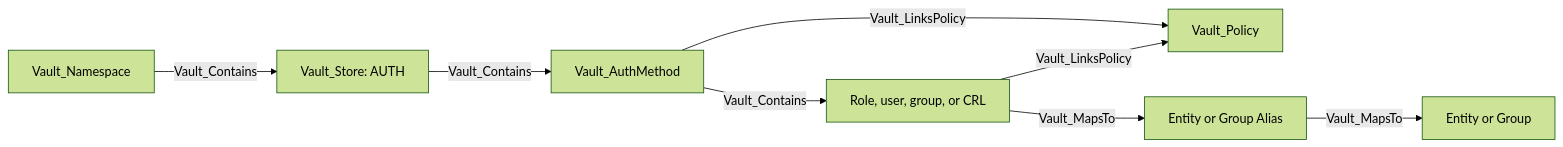
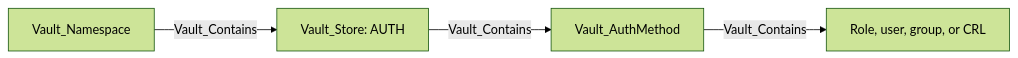
One commit to bytewreck/opengraph-vault changed the first of 39 diagrams in Documentation/stores/AUTH.md. Above: the diagram before and after it, drawn with Mermaid (forest theme). The commit also changed other lines of this file and 3 other files, not shown here.

````diff
--- a/Documentation/stores/AUTH.md
+++ b/Documentation/stores/AUTH.md
@@ -9,10 +9,6 @@
 ```mermaid
 flowchart LR
     namespace[Vault_Namespace] -->|Vault_Contains| store[Vault_Store: AUTH]
     store -->|Vault_Contains| method[Vault_AuthMethod]
     method -->|Vault_Contains| object[Role, user, group, or CRL]
-    method -->|Vault_LinksPolicy| policy[Vault_Policy]
-    object -->|Vault_LinksPolicy| policy[Vault_Policy]
-    object -->|Vault_MapsTo| alias[Entity or Group Alias]
-    alias -->|Vault_MapsTo| identity[Entity or Group]
 ```
````
